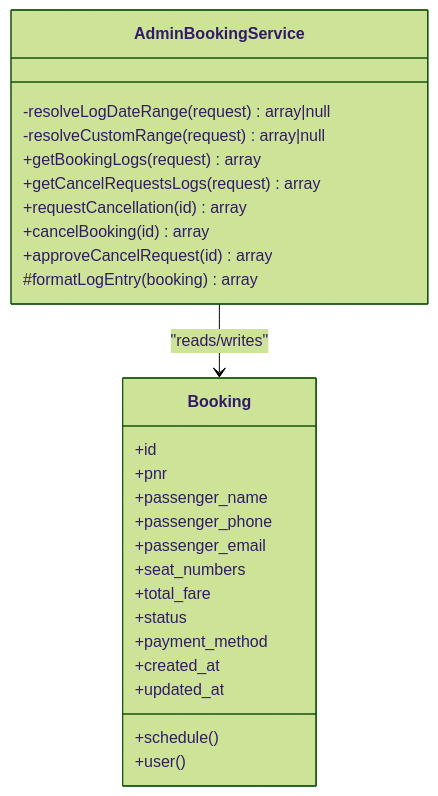
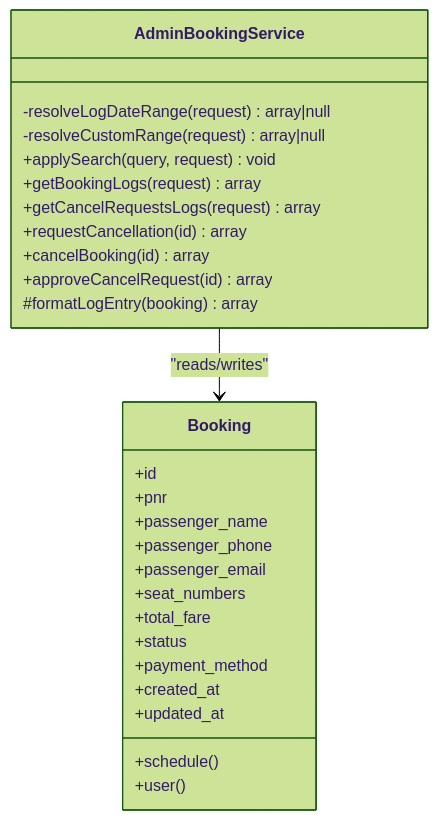
Before and after one commit to mahbub095/bus-app: the fourth of 9 diagrams in .qoder/repowiki/en/content/Administrative Dashboard/Booking Management & Oversight/Booking Management & Oversight.md, drawn with Mermaid (forest theme). The commit also changed other lines of this file and 119 other files, not shown here.

````diff
--- a/.qoder/repowiki/en/content/Administrative Dashboard/Booking Management & Oversight/Booking Management & Oversight.md
+++ b/.qoder/repowiki/en/content/Administrative Dashboard/Booking Management & Oversight/Booking Management & Oversight.md
@@ -249,29 +272,30 @@
 ```mermaid
 classDiagram
 class AdminBookingService {
 -resolveLogDateRange(request) array|null
 -resolveCustomRange(request) array|null
++applySearch(query, request) void
 +getBookingLogs(request) array
 +getCancelRequestsLogs(request) array
 +requestCancellation(id) array
 +cancelBooking(id) array
 +approveCancelRequest(id) array
 #formatLogEntry(booking) array
 }
 class Booking {
 +id
 +pnr
 +passenger_name
 +passenger_phone
 +passenger_email
 +seat_numbers
 +total_fare
 +status
 +payment_method
 +created_at
 +updated_at
 +schedule()
 +user()
 }
 AdminBookingService --> Booking : "reads/writes"
 ```
````
